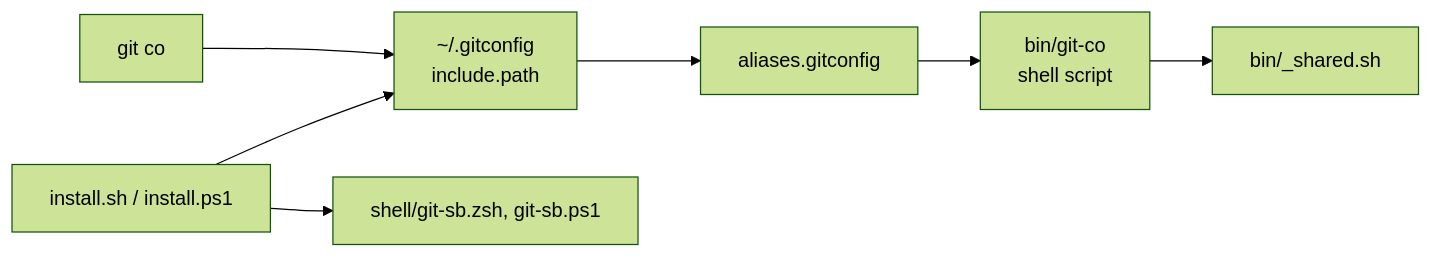
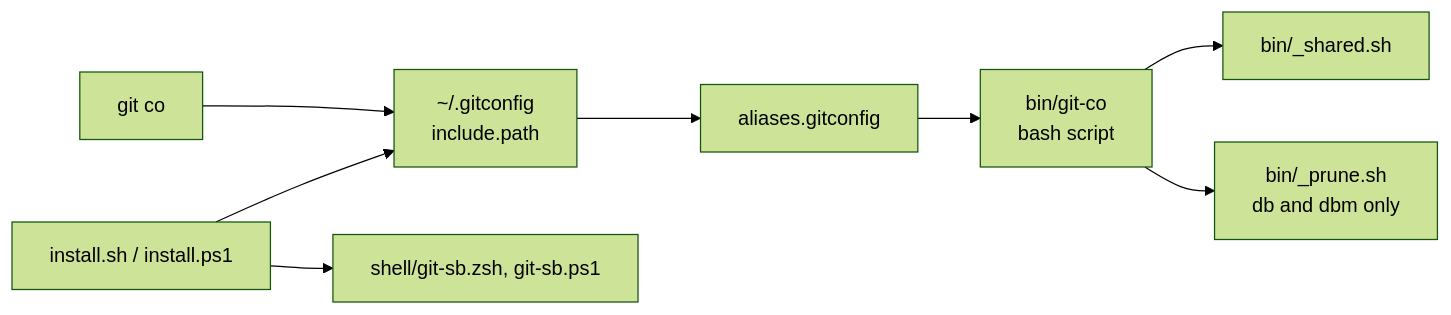
Before and after one commit to workbench-soft/git-aliases: the first of 2 diagrams in docs/architecture.md, drawn with Mermaid (forest theme). The commit also changed other lines of this file and 16 other files, not shown here.

First line of the commit message:
Ask before git master drops commits, and fix the Git Bash installer (#9)

````diff
--- a/docs/architecture.md
+++ b/docs/architecture.md
@@ -5,9 +6,10 @@
 ```mermaid
 flowchart LR
   user["git co"] --> gitconfig["~/.gitconfig<br/>include.path"]
   gitconfig --> aliases["aliases.gitconfig"]
-  aliases --> bin["bin/git-co<br/>shell script"]
+  aliases --> bin["bin/git-co<br/>bash script"]
   bin --> shared["bin/_shared.sh"]
+  bin --> prune["bin/_prune.sh<br/>db and dbm only"]
   install["install.sh / install.ps1"] --> gitconfig
   install --> shell["shell/git-sb.zsh, git-sb.ps1"]
 ```
````
